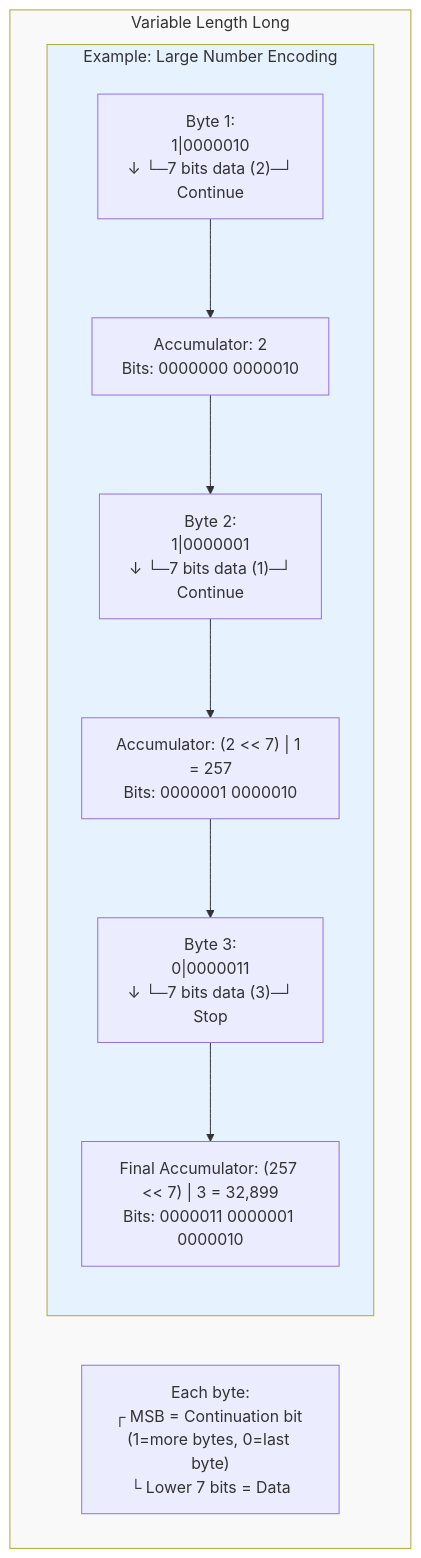
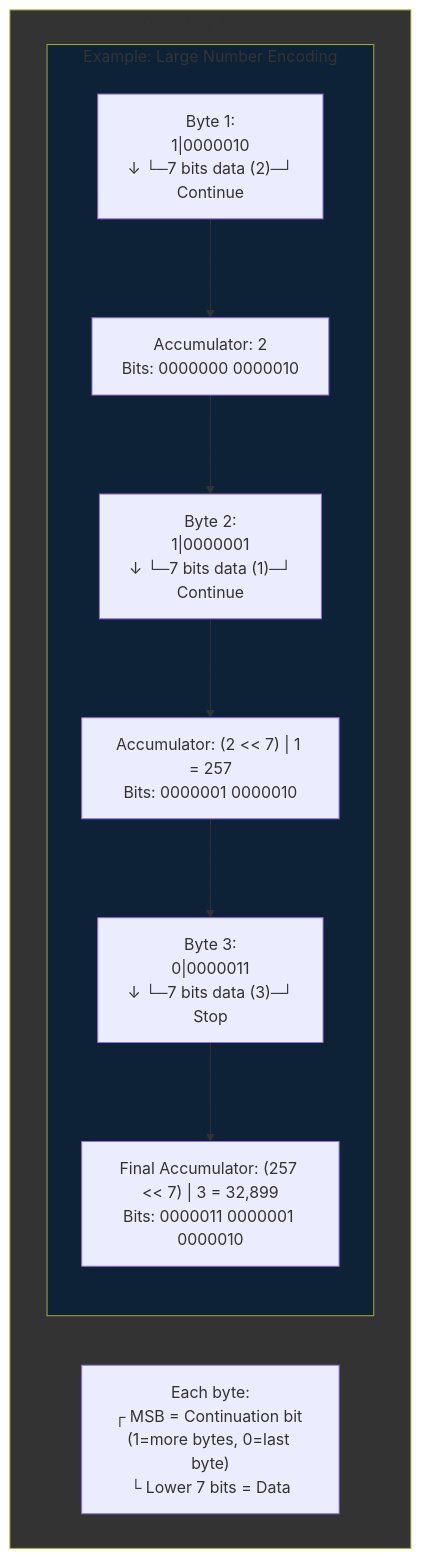
One commit to Wavesonics/SymSpellKt changed the second of 2 diagrams in Fdic/README.md. Above: the diagram before and after it, drawn with Mermaid. The commit also changed other lines of this file and 1 other file, not shown here.

````diff
--- a/Fdic/README.md
+++ b/Fdic/README.md
@@ -125,23 +141,23 @@
 ```mermaid
 flowchart TD
-    subgraph title[Variable Length Long]
+    subgraph title[Decoding a VLong]
         note["Each byte:<br>┌ MSB = Continuation bit (1=more bytes, 0=last byte)<br>└ Lower 7 bits = Data"]
         
         subgraph example["Example: Large Number Encoding"]
             direction TB
             byte1["Byte 1:<br>1|0000010<br>↓   └─7 bits data (2)─┘<br>Continue"]
             acc1["Accumulator: 2<br>Bits: 0000000 0000010"]
             
             byte2["Byte 2:<br>1|0000001<br>↓   └─7 bits data (1)─┘<br>Continue"]
             acc2["Accumulator: (2 << 7) | 1 = 257<br>Bits: 0000001 0000010"]
             
             byte3["Byte 3:<br>0|0000011<br>↓   └─7 bits data (3)─┘<br>Stop"]
             acc3["Final Accumulator: (257 << 7) | 3 = 32,899<br>Bits: 0000011 0000001 0000010"]
             
             byte1 --> acc1 --> byte2 --> acc2 --> byte3 --> acc3
         end
     end
 
-    style title fill:#f9f9f9
-    style example fill:#e6f3ff
+    style title fill:#333333
+    style example fill:#0d2236
 ```
````
